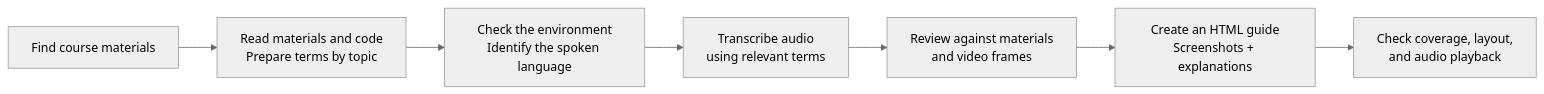
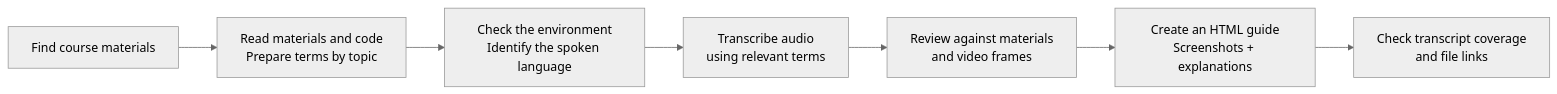
The diagram in README.md (diediray/video-lesson-to-html), drawn with Mermaid (neutral theme) before and after one commit. The commit also changed other lines of this file and 4 other files, not shown here.

````diff
--- a/README.md
+++ b/README.md
@@ -15,9 +15,9 @@
 ```mermaid
 flowchart LR
     A[Find course materials] --> B[Read materials and code<br/>Prepare terms by topic]
     B --> C[Check the environment<br/>Identify the spoken language]
     C --> D[Transcribe audio<br/>using relevant terms]
     D --> E[Review against materials<br/>and video frames]
     E --> F[Create an HTML guide<br/>Screenshots + explanations]
-    F --> G[Check coverage, layout,<br/>and audio playback]
+    F --> G[Check transcript coverage<br/>and file links]
 ```
````
